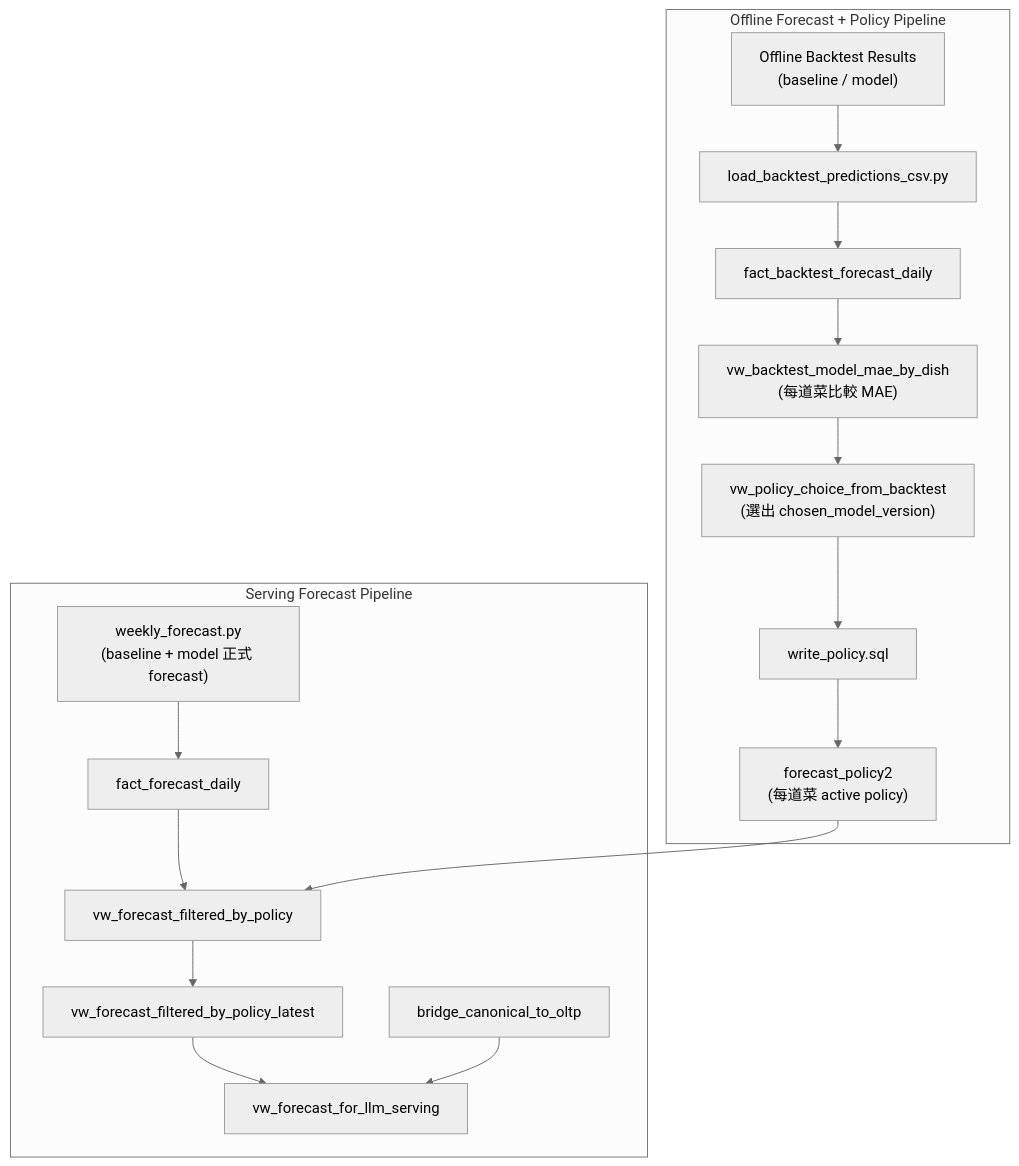
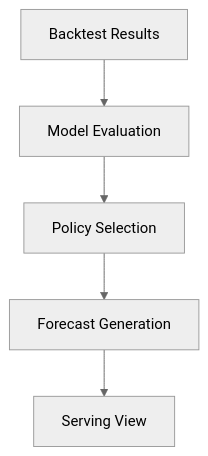
Before and after one commit to cyhsu15/aiorderfood: the second of 2 diagrams in README.md, drawn with Mermaid (neutral theme). The commit also changed other lines of this file and 3 other files, not shown here.

````diff
--- a/README.md
+++ b/README.md
@@ -468,36 +120,13 @@
 ```mermaid
 flowchart TB
- subgraph OFF["Offline Forecast + Policy Pipeline"]
-        BT["Offline Backtest Results<br/>(baseline / model)"]
-        LOAD_BT["load_backtest_predictions_csv.py"]
-        FACT_BT["fact_backtest_forecast_daily"]
+    BT["Backtest Results"]
+    MAE["Model Evaluation"]
+    POLICY["Policy Selection"]
+    FORECAST["Forecast Generation"]
+    SERVE["Serving View"]
 
-        V_MAE["vw_backtest_model_mae_by_dish<br/>(每道菜比較 MAE)"]
-        V_POLICY["vw_policy_choice_from_backtest<br/>(選出 chosen_model_version)"]
-        WRITE_P["write_policy.sql"]
-        POLICY["forecast_policy2<br/>(每道菜 active policy)"]
-  end
-
- subgraph SERVE["Serving Forecast Pipeline"]
-        WF["weekly_forecast.py<br/>(baseline + model 正式 forecast)"]
-        FACT_F["fact_forecast_daily"]
-        V_FILT["vw_forecast_filtered_by_policy"]
-        V_LATEST["vw_forecast_filtered_by_policy_latest"]
-        V_SERVE["vw_forecast_for_llm_serving"]
-        BRIDGE["bridge_canonical_to_oltp"]
-  end
-
-        BT --> LOAD_BT
-        LOAD_BT --> FACT_BT
-        FACT_BT --> V_MAE
-        V_MAE --> V_POLICY
-        V_POLICY --> WRITE_P
-        WRITE_P --> POLICY
-
-        WF --> FACT_F
-        FACT_F --> V_FILT
-        POLICY --> V_FILT
-        V_FILT --> V_LATEST
-        V_LATEST --> V_SERVE
-        BRIDGE --> V_SERVE
+    BT --> MAE
+    MAE --> POLICY
+    POLICY --> FORECAST
+    FORECAST --> SERVE
 ```
````
